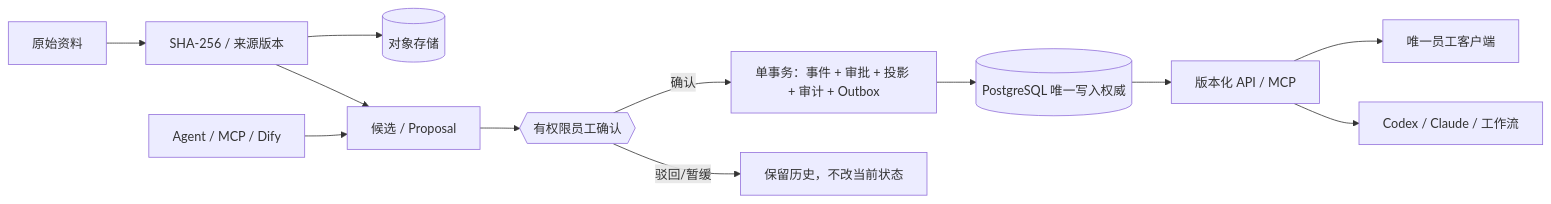
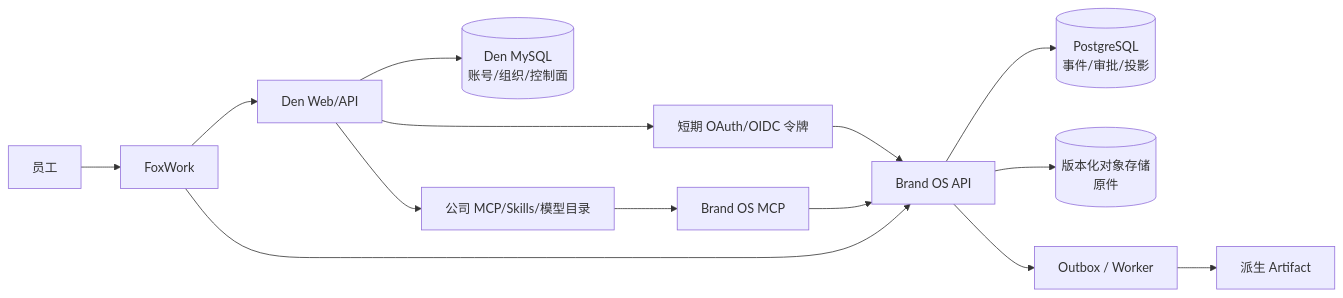
Before and after one commit to xingranya/fox: the fifth of 5 diagrams in docs/plan/dependency-graph.md, drawn with Mermaid. The commit also changed other lines of this file and 43 other files, not shown here.

First line of the commit message:
docs(spec): 统一 Den 与 Brand OS 活动规划

````diff
--- a/docs/plan/dependency-graph.md
+++ b/docs/plan/dependency-graph.md
@@ -139,13 +138,15 @@
 ```mermaid
 flowchart LR
-    RAW["原始资料"] --> HASH["SHA-256 / 来源版本"] --> OBJ[("对象存储")]
-    HASH --> PROPOSAL["候选 / Proposal"]
-    AI["Agent / MCP / Dify"] --> PROPOSAL
-    PROPOSAL --> REVIEW{{"有权限员工确认"}}
-    REVIEW -->|"确认"| TX["单事务：事件 + 审批 + 投影 + 审计 + Outbox"]
-    TX --> PG[("PostgreSQL 唯一写入权威")]
-    REVIEW -->|"驳回/暂缓"| HISTORY["保留历史，不改当前状态"]
-    PG --> API["版本化 API / MCP"]
-    API --> DESKTOP["唯一员工客户端"]
-    API --> AGENTS["Codex / Claude / 工作流"]
+    USER["员工"] --> FOX["FoxWork"]
+    FOX --> DEN["Den Web/API"]
+    DEN --> DENDB[("Den MySQL\n账号/组织/控制面")]
+    DEN --> OIDC["短期 OAuth/OIDC 令牌"]
+    OIDC --> BAPI["Brand OS API"]
+    FOX --> BAPI
+    BAPI --> PG[("PostgreSQL\n事件/审批/投影")]
+    BAPI --> S3[("版本化对象存储\n原件")]
+    BAPI --> OUTBOX["Outbox / Worker"]
+    OUTBOX --> ART["派生 Artifact"]
+    DEN --> MCP["公司 MCP/Skills/模型目录"]
+    MCP --> BMCP["Brand OS MCP"] --> BAPI
 ```
````
